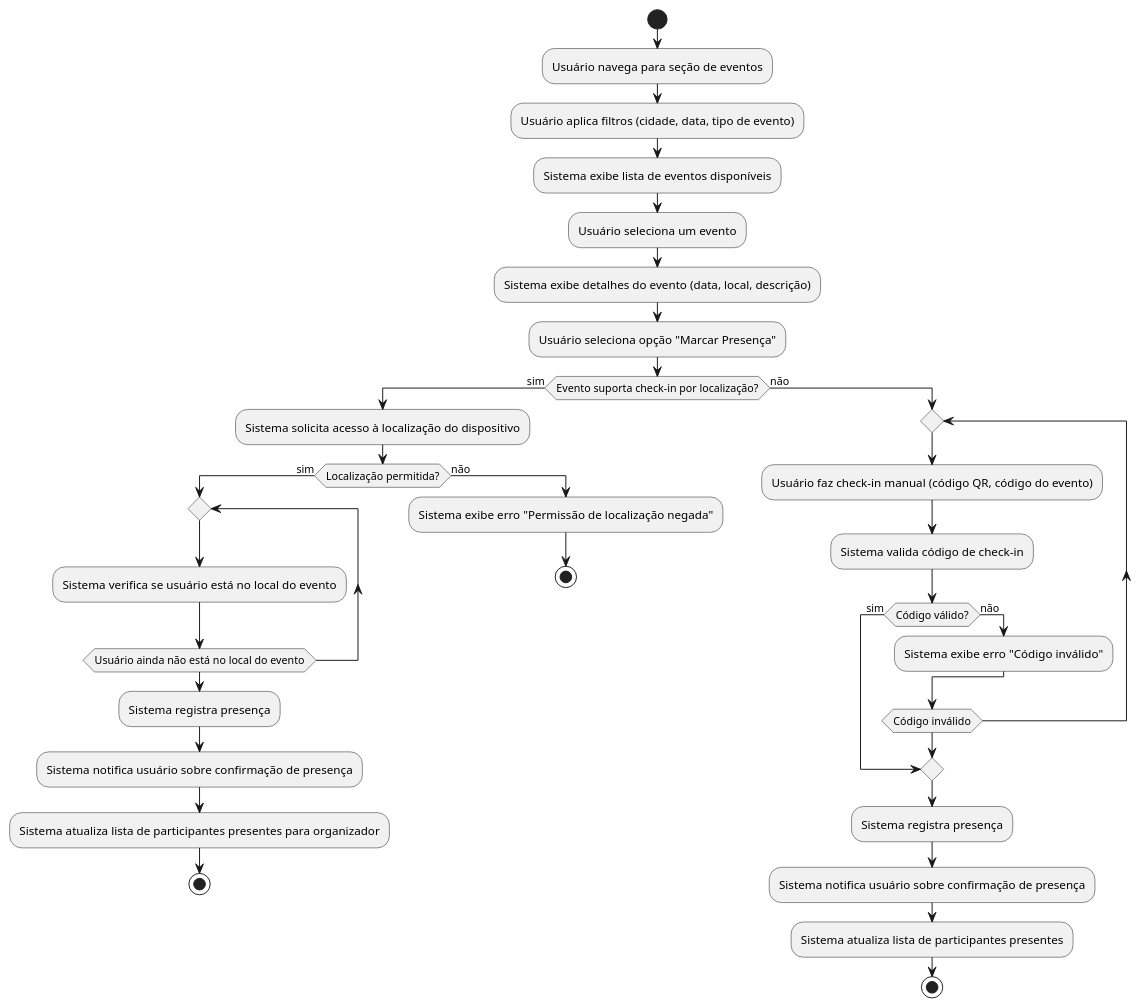
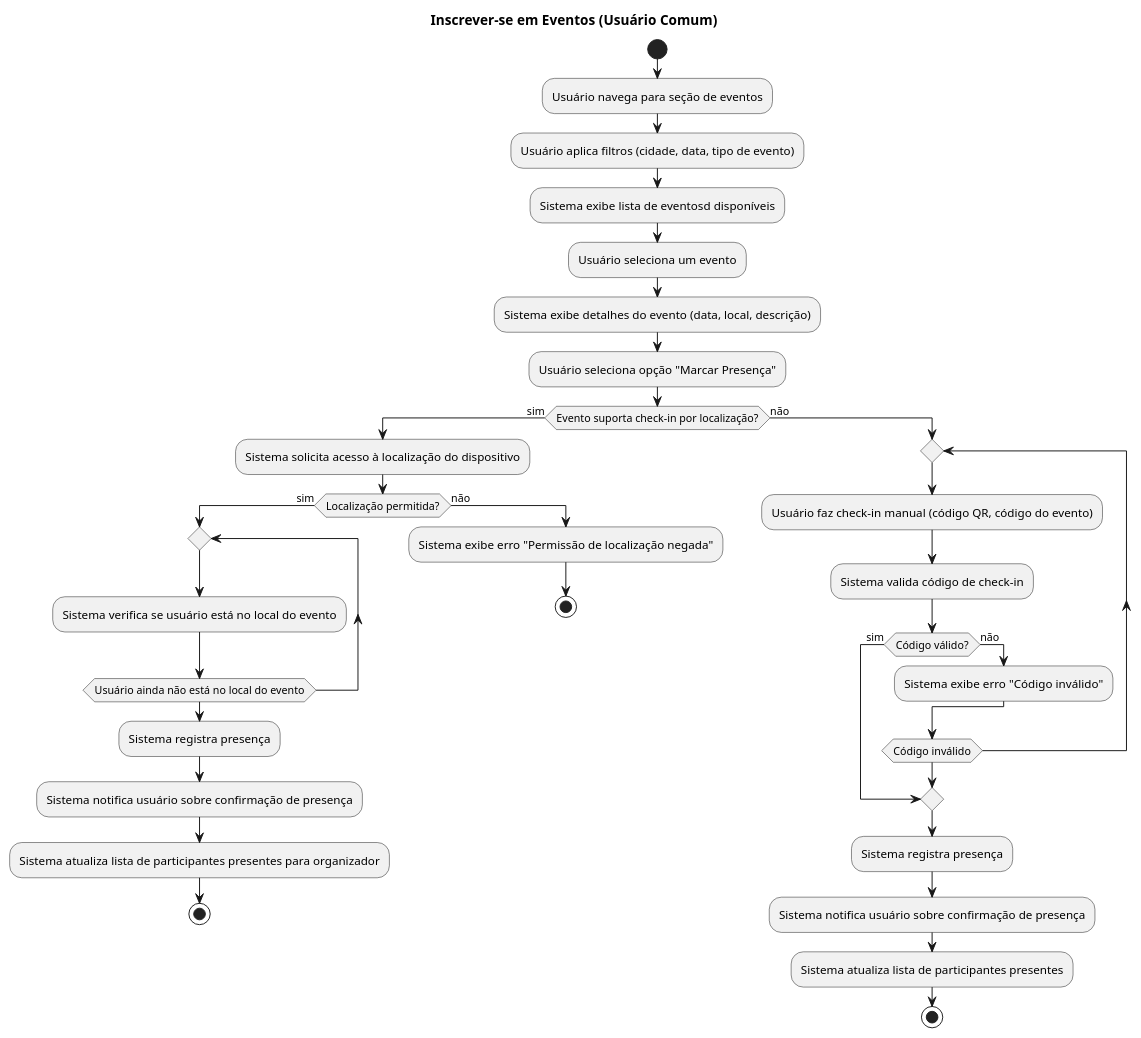
The diagram in diagrams/atividades/marcar_presenca_evento.puml (FateCoders/tripmaker-documentation), drawn with PlantUML before and after one commit. The commit also changed 1 other file, not shown here.

Commit message:
:memo: Titulos em diagramas que faltavam títulos

```diff
--- a/diagrams/atividades/marcar_presenca_evento.puml
+++ b/diagrams/atividades/marcar_presenca_evento.puml
@@ -1,48 +1,50 @@
 @startuml
 start
 
+title Inscrever-se em Eventos (Usuário Comum)
+
 :Usuário navega para seção de eventos;
 :Usuário aplica filtros (cidade, data, tipo de evento);
-:Sistema exibe lista de eventos disponíveis;
+:Sistema exibe lista de eventosd disponíveis;
 :Usuário seleciona um evento;
 :Sistema exibe detalhes do evento (data, local, descrição);
 
 :Usuário seleciona opção "Marcar Presença";
 
 if (Evento suporta check-in por localização?) then (sim)
     :Sistema solicita acesso à localização do dispositivo;
     if (Localização permitida?) then (sim)
 
         repeat
             :Sistema verifica se usuário está no local do evento;
         repeat while (Usuário ainda não está no local do evento)
 
         :Sistema registra presença;
         :Sistema notifica usuário sobre confirmação de presença;
         :Sistema atualiza lista de participantes presentes para organizador;
         stop
 
     else (não)
         :Sistema exibe erro "Permissão de localização negada";
         stop
     endif
 else (não)
 
     repeat
         :Usuário faz check-in manual (código QR, código do evento);
         :Sistema valida código de check-in;
         if (Código válido?) then (sim)
             break
             else (não)
                 :Sistema exibe erro "Código inválido";
             endif
         repeat while (Código inválido)
 
         :Sistema registra presença;
         :Sistema notifica usuário sobre confirmação de presença;
         :Sistema atualiza lista de participantes presentes;
         stop
 
     endif
 
     @enduml
```
